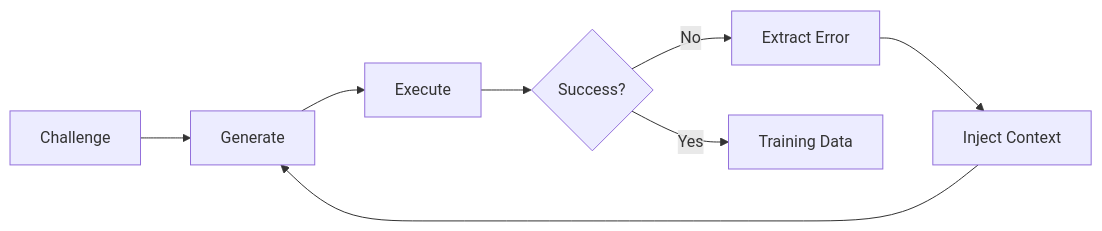
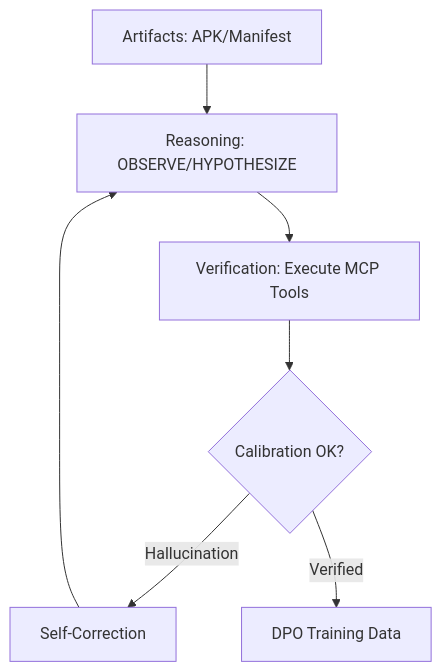
One commit to GitSolved/AgenticART changed the diagram in docs/index.md. Above: the diagram before and after it, drawn with Mermaid. The commit also changed other lines of this file and 28 other files, not shown here.

````diff
--- a/docs/index.md
+++ b/docs/index.md
@@ -28,10 +28,9 @@
 ```mermaid
-flowchart LR
-    A[Challenge] --> B[Generate]
-    B --> C[Execute]
-    C --> D{Success?}
-    D -->|No| E[Extract Error]
-    E --> F[Inject Context]
-    F --> B
-    D -->|Yes| G[Training Data]
+flowchart TD
+    A[Artifacts: APK/Manifest] --> B[Reasoning: OBSERVE/HYPOTHESIZE]
+    B --> C[Verification: Execute MCP Tools]
+    C --> D{Calibration OK?}
+    D -->|Hallucination| E[Self-Correction]
+    E --> B
+    D -->|Verified| G[DPO Training Data]
 ```
````
